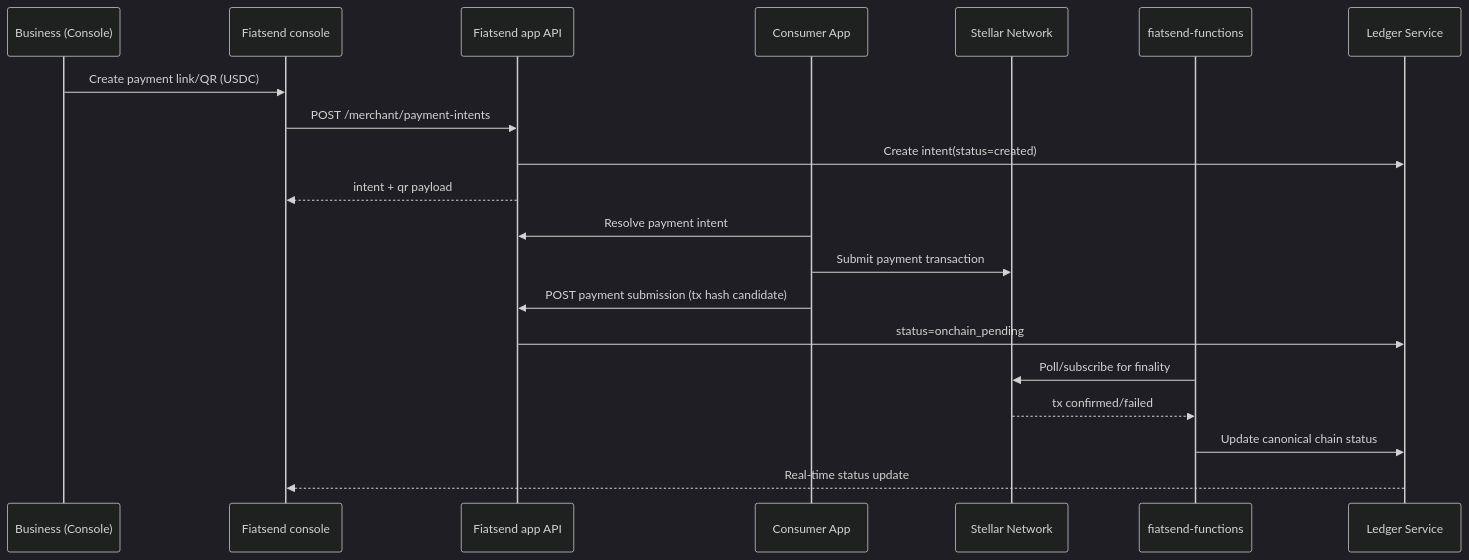
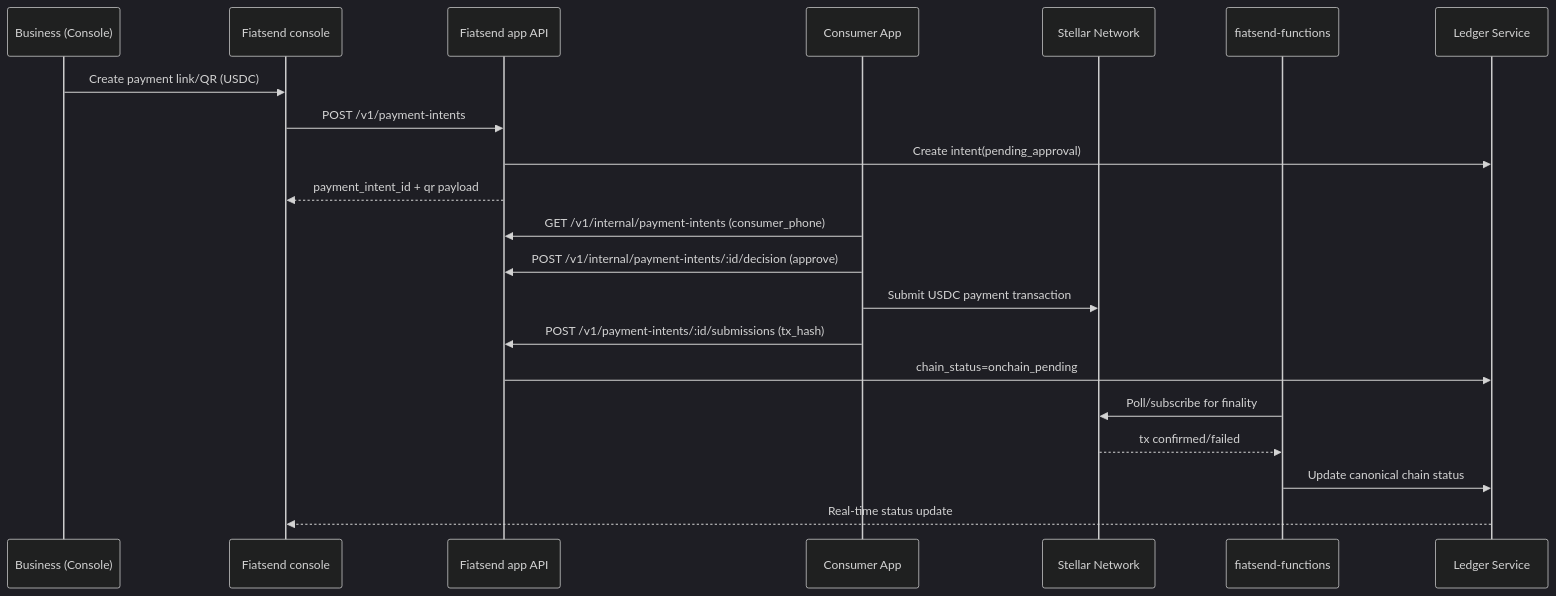
Diagram 12 of 18 in Fiatsend-Technical-Architecture-SCF43-Integration.md (fiatsend/techical-achitecture), drawn with Mermaid (dark theme) before and after one commit. The commit also changed other lines of this file, not shown here.

First line of the commit message:
Revise Fiatsend technical architecture details

````diff
--- a/Fiatsend-Technical-Architecture-SCF43-Integration.md
+++ b/Fiatsend-Technical-Architecture-SCF43-Integration.md
@@ -558,25 +886,26 @@
 ```mermaid
 sequenceDiagram
     participant Biz as Business (Console)
     participant Console as Fiatsend console
     participant Main as Fiatsend app API
     participant App as Consumer App
     participant Chain as Stellar Network
     participant Worker as fiatsend-functions
     participant Ledger as Ledger Service
 
     Biz->>Console: Create payment link/QR (USDC)
-    Console->>Main: POST /merchant/payment-intents
-    Main->>Ledger: Create intent(status=created)
-    Main-->>Console: intent + qr payload
+    Console->>Main: POST /v1/payment-intents
+    Main->>Ledger: Create intent(pending_approval)
+    Main-->>Console: payment_intent_id + qr payload
 
-    App->>Main: Resolve payment intent
-    App->>Chain: Submit payment transaction
-    App->>Main: POST payment submission (tx hash candidate)
-    Main->>Ledger: status=onchain_pending
+    App->>Main: GET /v1/internal/payment-intents (consumer_phone)
+    App->>Main: POST /v1/internal/payment-intents/:id/decision (approve)
+    App->>Chain: Submit USDC payment transaction
+    App->>Main: POST /v1/payment-intents/:id/submissions (tx_hash)
+    Main->>Ledger: chain_status=onchain_pending
 
     Worker->>Chain: Poll/subscribe for finality
     Chain-->>Worker: tx confirmed/failed
     Worker->>Ledger: Update canonical chain status
     Ledger-->>Console: Real-time status update
 ```
````
